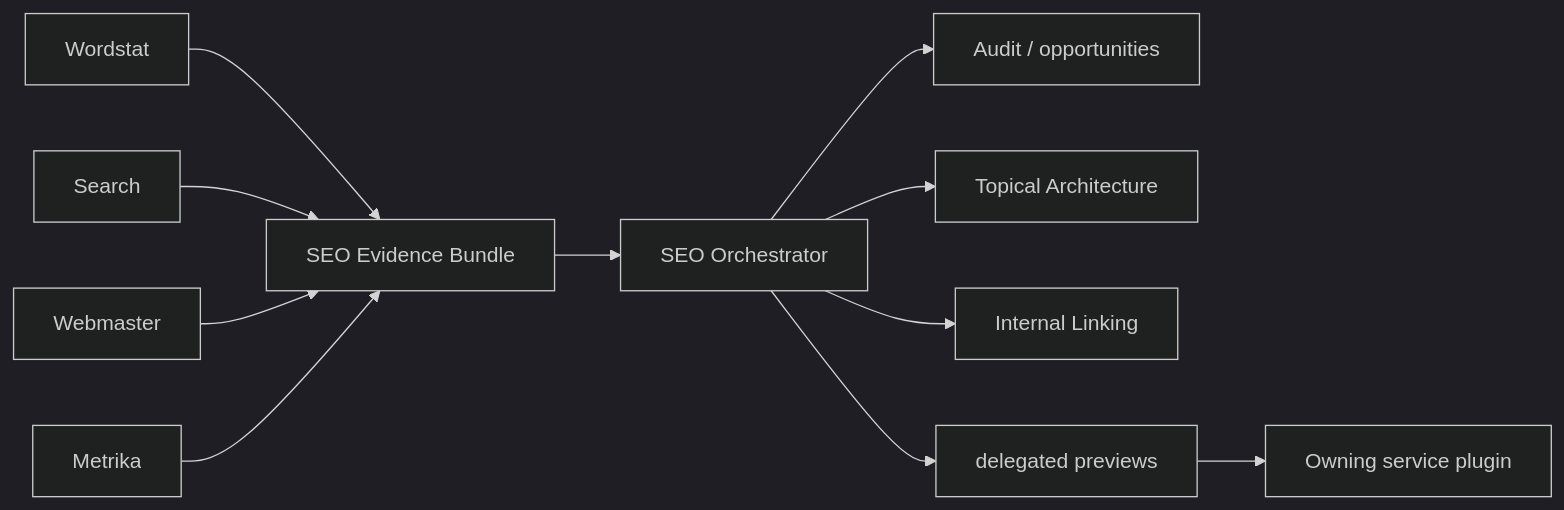
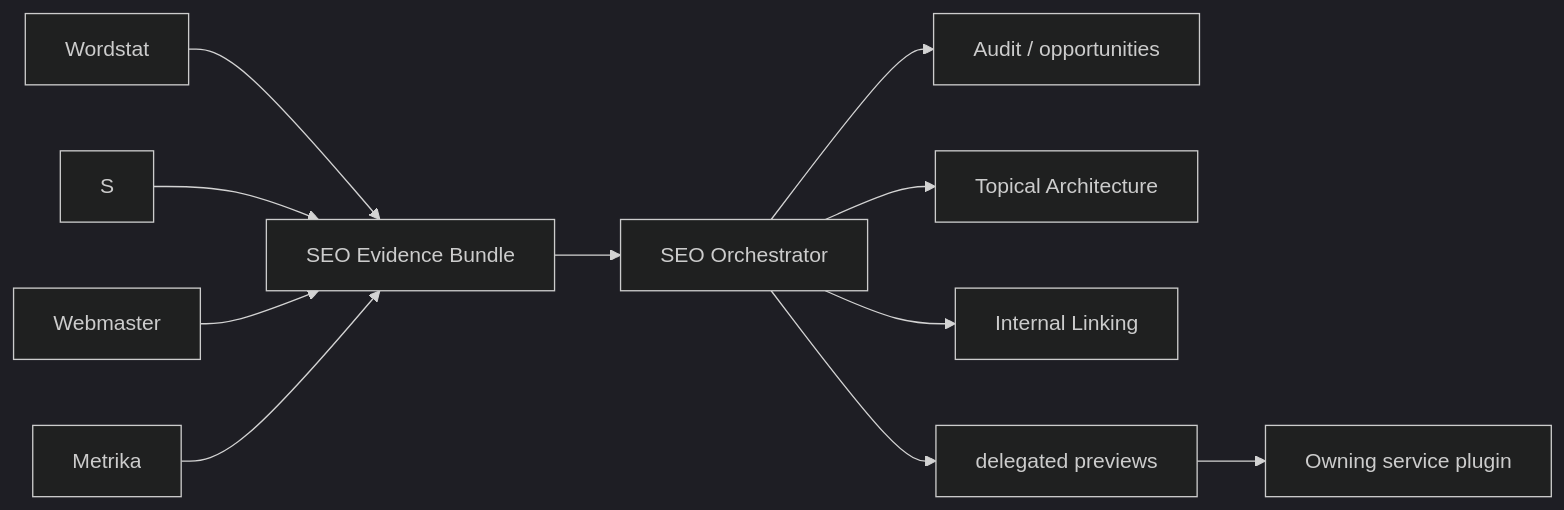
One commit to trafficolog/yandex-ai-plugin changed the first of 2 diagrams in docs/ARCHITECTURE.en.md. Above: the diagram before and after it, drawn with Mermaid (dark theme). The commit also changed other lines of this file, not shown here.

Commit message:
docs: make English architecture the canonical ON_USE owner

````diff
--- a/docs/ARCHITECTURE.en.md
+++ b/docs/ARCHITECTURE.en.md
@@ -59,13 +65,13 @@
 ```mermaid
 flowchart LR
   W[Wordstat] --> E[SEO Evidence Bundle]
-  S[Search] --> E
+  S --> E
   WM[Webmaster] --> E
   M[Metrika] --> E
   E --> O[SEO Orchestrator]
   O --> A[Audit / opportunities]
   O --> T[Topical Architecture]
   O --> L[Internal Linking]
   O --> D[delegated previews]
   D --> OW[Owning service plugin]
 ```
````
